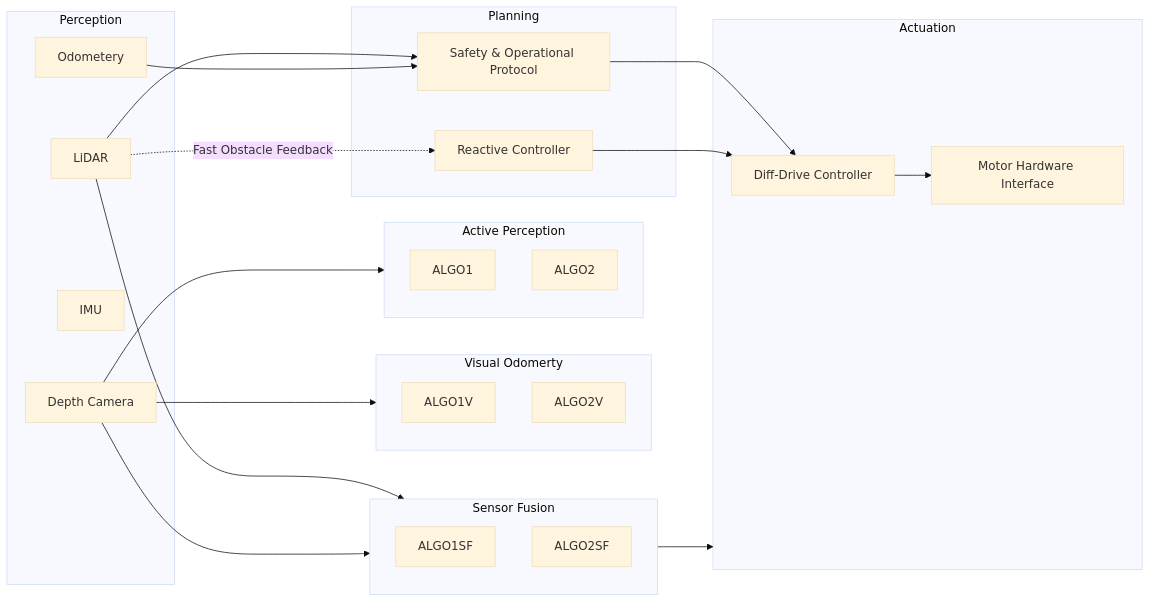
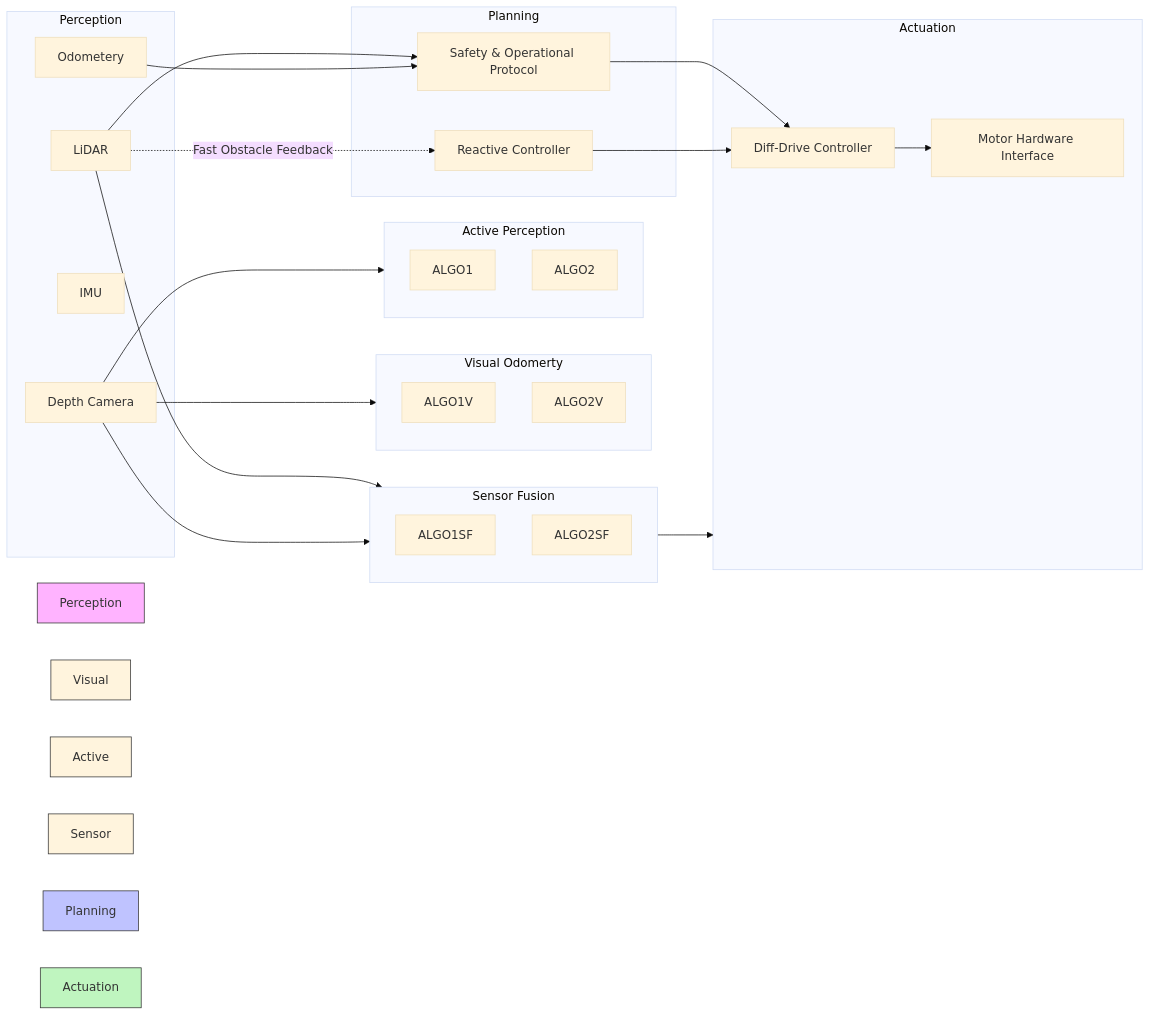
The diagram in project/report1.md (SeasonedLeo/RAS_Mobile_Robotics_Vision), drawn with Mermaid (base theme) before and after one commit.

Commit message:
Previous commit had mermaid color was not set correctly , This should. Only changed Mermaid box color

````diff
--- a/project/report1.md
+++ b/project/report1.md
@@ -90,56 +90,64 @@
 ```mermaid
 flowchart LR
   %% 3.1 Data Flow Diagram (Perception → Estimation → Planning → Actuation)
 
   subgraph P[Perception]
     SENS1[LiDAR]
     SENS3[Odometery]
     SENS4[IMU]
     SENS2[Depth Camera]
 
 
   end
 
 
 
  subgraph VO[Visual Odomerty]
     ALGO1V[ALGO1V]
     ALGO2V[ALGO2V]
   end
 
 
   subgraph AP[Active Perception]
     ALGO1[ALGO1]
     ALGO2[ALGO2]
   end
 
   subgraph SF[Sensor Fusion]
     ALGO1SF[ALGO1SF]
     ALGO2SF[ALGO2SF]
   end
 
  
 
   subgraph PL[Planning]
     RC[Reactive Controller]
     SFT[Safety & Operational Protocol]
   end
 
   subgraph A[Actuation]
     DDC[Diff-Drive Controller]
     MHI[Motor Hardware Interface]
   end
 
   %% Main pipeline
   SENS1 --> SF
   SENS2-->AP
   SENS2 --> VO 
   SENS2 --> SF -->A
   SENS1 --> SFT--> DDC
   SENS3 -->SFT
 
   RC --> DDC --> MHI
 
   %% Fast obstacle feedback
   SENS1 -. "Fast Obstacle Feedback" .-> RC
+
+  %% Node colors (fill, border, border width)
+  style Perception fill:#ffb3ff,stroke:#333,stroke-width:1px
+  style Visual Odomerty fill:#f3e7c6,stroke:#333,stroke-width:1px
+  style Active Perception  fill:#f3e7c6,stroke:#333,stroke-width:1px
+  style Sensor Fusion   fill:#bfc3ff,stroke:#333,stroke-width:1px
+  style Planning   fill:#bfc3ff,stroke:#333,stroke-width:1px
+  style Actuation  fill:#bff5bf,stroke:#333,stroke-width:1px
 ``` 
````
